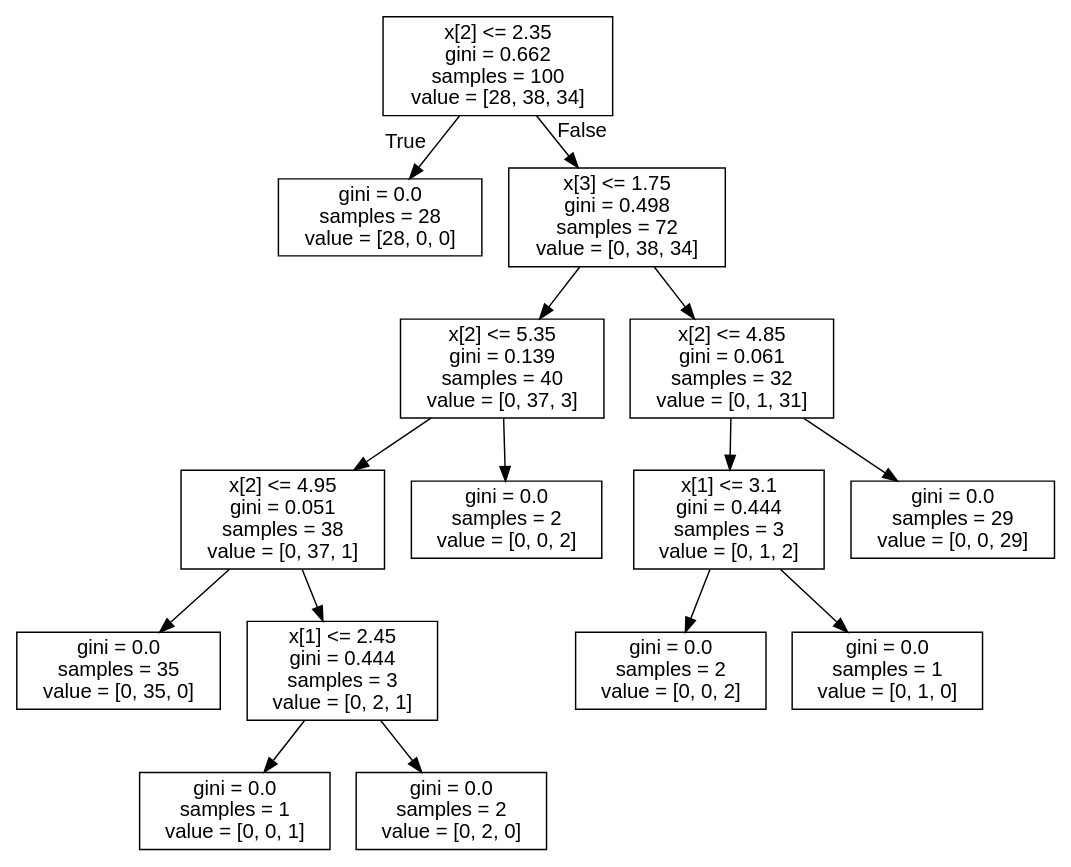
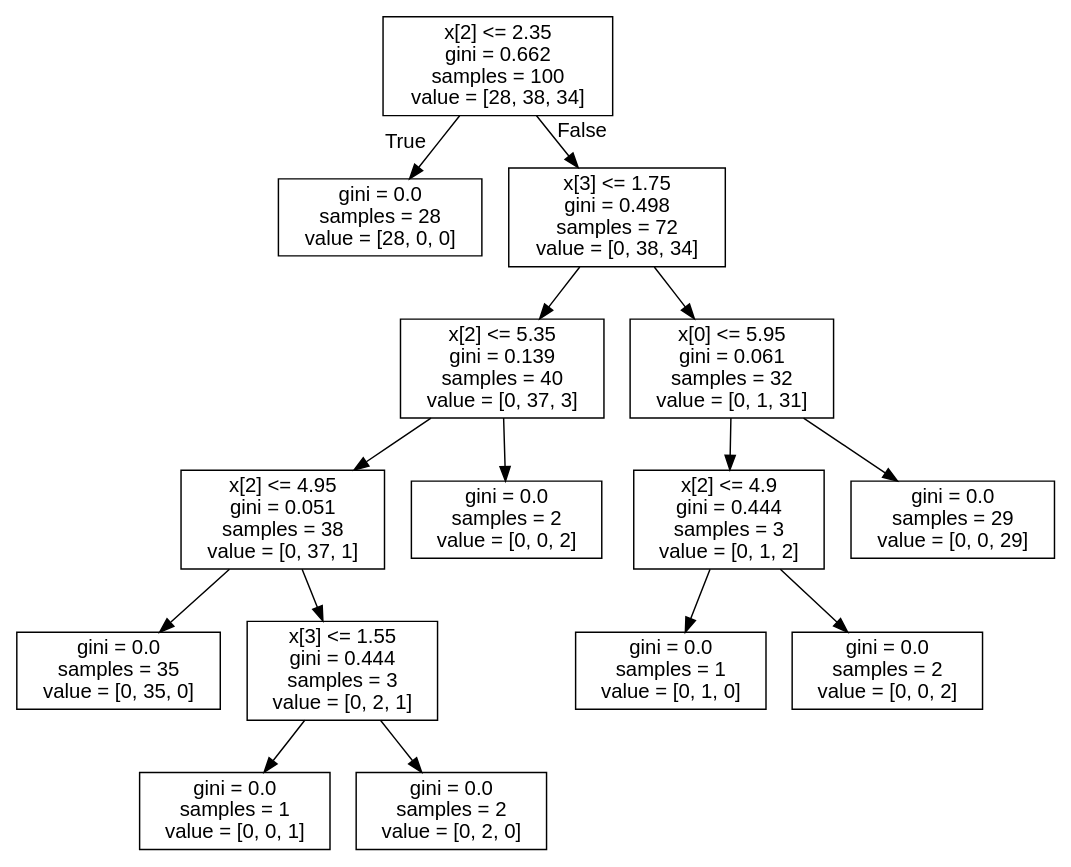
Before and after one commit to anjaneyak10/DecisionTree: the diagram in iris.dot, drawn with Graphviz. The commit also changed 4 other files, not shown here.

```diff
--- a/iris.dot
+++ b/iris.dot
@@ -1,33 +1,33 @@
 digraph Tree {
 node [shape=box, fontname="helvetica"] ;
 edge [fontname="helvetica"] ;
 0 [label="x[2] <= 2.35\ngini = 0.662\nsamples = 100\nvalue = [28, 38, 34]"] ;
 1 [label="gini = 0.0\nsamples = 28\nvalue = [28, 0, 0]"] ;
 0 -> 1 [labeldistance=2.5, labelangle=45, headlabel="True"] ;
 2 [label="x[3] <= 1.75\ngini = 0.498\nsamples = 72\nvalue = [0, 38, 34]"] ;
 0 -> 2 [labeldistance=2.5, labelangle=-45, headlabel="False"] ;
 3 [label="x[2] <= 5.35\ngini = 0.139\nsamples = 40\nvalue = [0, 37, 3]"] ;
 2 -> 3 ;
 4 [label="x[2] <= 4.95\ngini = 0.051\nsamples = 38\nvalue = [0, 37, 1]"] ;
 3 -> 4 ;
 5 [label="gini = 0.0\nsamples = 35\nvalue = [0, 35, 0]"] ;
 4 -> 5 ;
-6 [label="x[1] <= 2.45\ngini = 0.444\nsamples = 3\nvalue = [0, 2, 1]"] ;
+6 [label="x[3] <= 1.55\ngini = 0.444\nsamples = 3\nvalue = [0, 2, 1]"] ;
 4 -> 6 ;
 7 [label="gini = 0.0\nsamples = 1\nvalue = [0, 0, 1]"] ;
 6 -> 7 ;
 8 [label="gini = 0.0\nsamples = 2\nvalue = [0, 2, 0]"] ;
 6 -> 8 ;
 9 [label="gini = 0.0\nsamples = 2\nvalue = [0, 0, 2]"] ;
 3 -> 9 ;
-10 [label="x[2] <= 4.85\ngini = 0.061\nsamples = 32\nvalue = [0, 1, 31]"] ;
+10 [label="x[0] <= 5.95\ngini = 0.061\nsamples = 32\nvalue = [0, 1, 31]"] ;
 2 -> 10 ;
-11 [label="x[1] <= 3.1\ngini = 0.444\nsamples = 3\nvalue = [0, 1, 2]"] ;
+11 [label="x[2] <= 4.9\ngini = 0.444\nsamples = 3\nvalue = [0, 1, 2]"] ;
 10 -> 11 ;
-12 [label="gini = 0.0\nsamples = 2\nvalue = [0, 0, 2]"] ;
+12 [label="gini = 0.0\nsamples = 1\nvalue = [0, 1, 0]"] ;
 11 -> 12 ;
-13 [label="gini = 0.0\nsamples = 1\nvalue = [0, 1, 0]"] ;
+13 [label="gini = 0.0\nsamples = 2\nvalue = [0, 0, 2]"] ;
 11 -> 13 ;
 14 [label="gini = 0.0\nsamples = 29\nvalue = [0, 0, 29]"] ;
 10 -> 14 ;
 }
```
